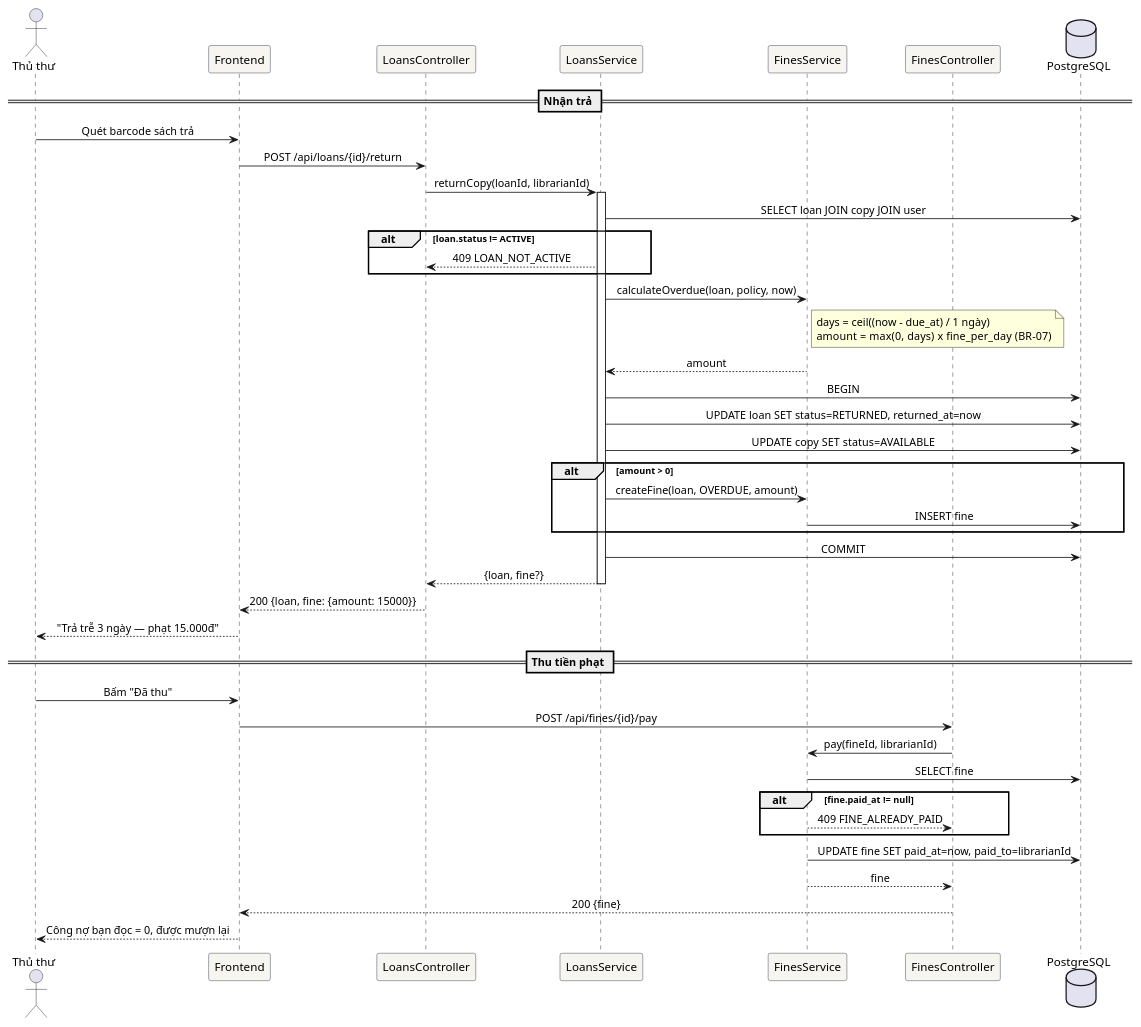
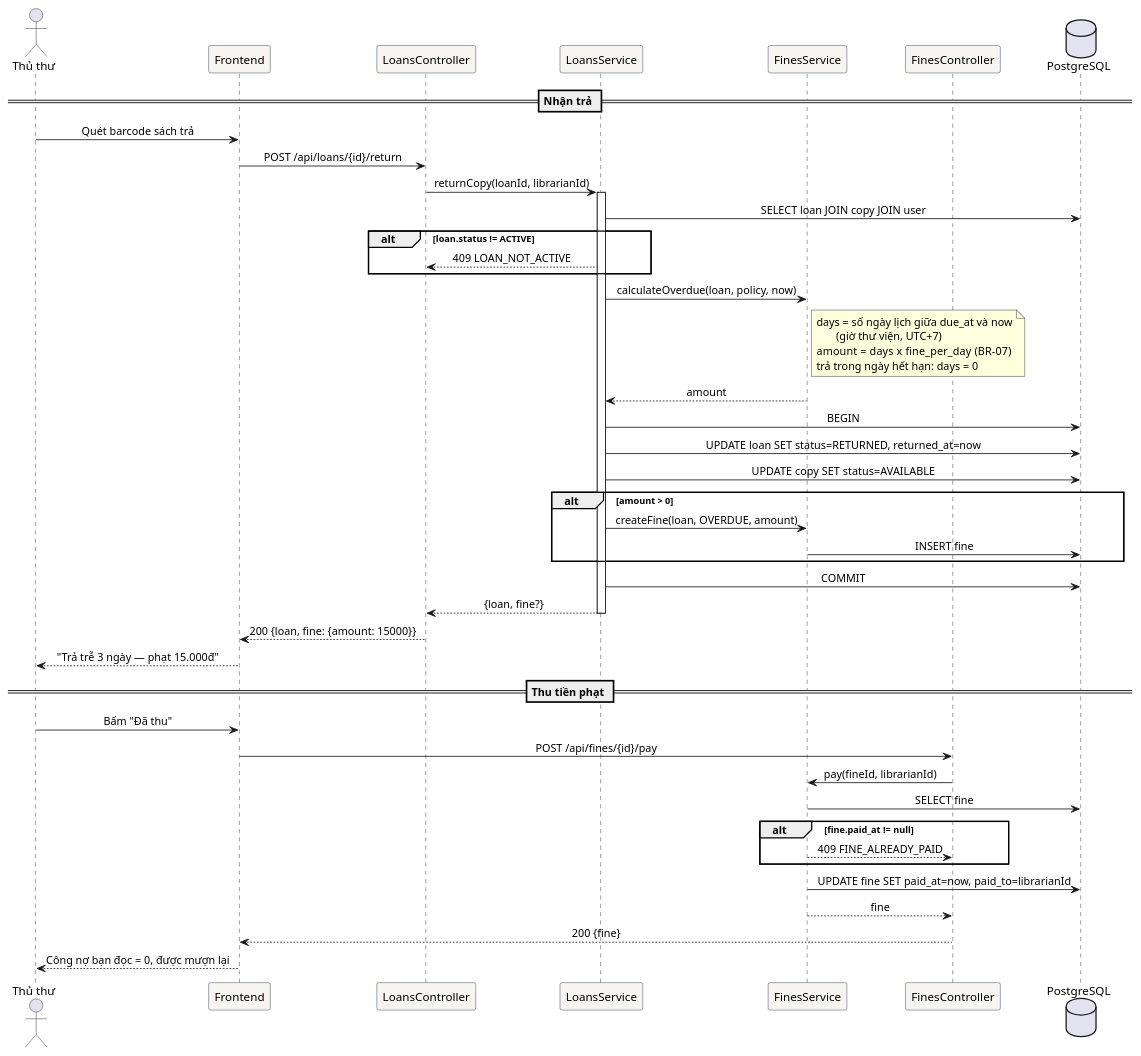
The diagram in docs/uml/sequence-return-fine.puml (khoidev2001/university-library-system), drawn with PlantUML before and after one commit. The commit also changed 34 other files, not shown here.

```diff
--- a/docs/uml/sequence-return-fine.puml
+++ b/docs/uml/sequence-return-fine.puml
@@ -1,56 +1,58 @@
 @startuml sequence-return-fine
 ' Sequence 2 — Nhận trả sách, tự tính phạt quá hạn, thu tiền (US08, US12)
 skinparam sequenceMessageAlign center
 skinparam participant {
   BackgroundColor #F7F5F0
   BorderColor #1B2A41
 }
 actor "Thủ thư" as L
 participant "Frontend" as FE
 participant "LoansController" as LC
 participant "LoansService" as S
 participant "FinesService" as F
 participant "FinesController" as FC
 database "PostgreSQL" as DB
 
 == Nhận trả ==
 L -> FE : Quét barcode sách trả
 FE -> LC : POST /api/loans/{id}/return
 LC -> S : returnCopy(loanId, librarianId)
 activate S
 S -> DB : SELECT loan JOIN copy JOIN user
 alt loan.status != ACTIVE
   S --> LC : 409 LOAN_NOT_ACTIVE
 end
 S -> F : calculateOverdue(loan, policy, now)
 note right of F
-  days = ceil((now - due_at) / 1 ngày)
-  amount = max(0, days) x fine_per_day   (BR-07)
+  days = số ngày lịch giữa due_at và now
+         (giờ thư viện, UTC+7)
+  amount = days x fine_per_day   (BR-07)
+  trả trong ngày hết hạn: days = 0
 end note
 F --> S : amount
 S -> DB : BEGIN
 S -> DB : UPDATE loan SET status=RETURNED, returned_at=now
 S -> DB : UPDATE copy SET status=AVAILABLE
 alt amount > 0
   S -> F : createFine(loan, OVERDUE, amount)
   F -> DB : INSERT fine
 end
 S -> DB : COMMIT
 S --> LC : {loan, fine?}
 deactivate S
 LC --> FE : 200 {loan, fine: {amount: 15000}}
 FE --> L : "Trả trễ 3 ngày — phạt 15.000đ"
 
 == Thu tiền phạt ==
 L -> FE : Bấm "Đã thu"
 FE -> FC : POST /api/fines/{id}/pay
 FC -> F : pay(fineId, librarianId)
 F -> DB : SELECT fine
 alt fine.paid_at != null
   F --> FC : 409 FINE_ALREADY_PAID
 end
 F -> DB : UPDATE fine SET paid_at=now, paid_to=librarianId
 F --> FC : fine
 FC --> FE : 200 {fine}
 FE --> L : Công nợ bạn đọc = 0, được mượn lại
 @enduml
```
